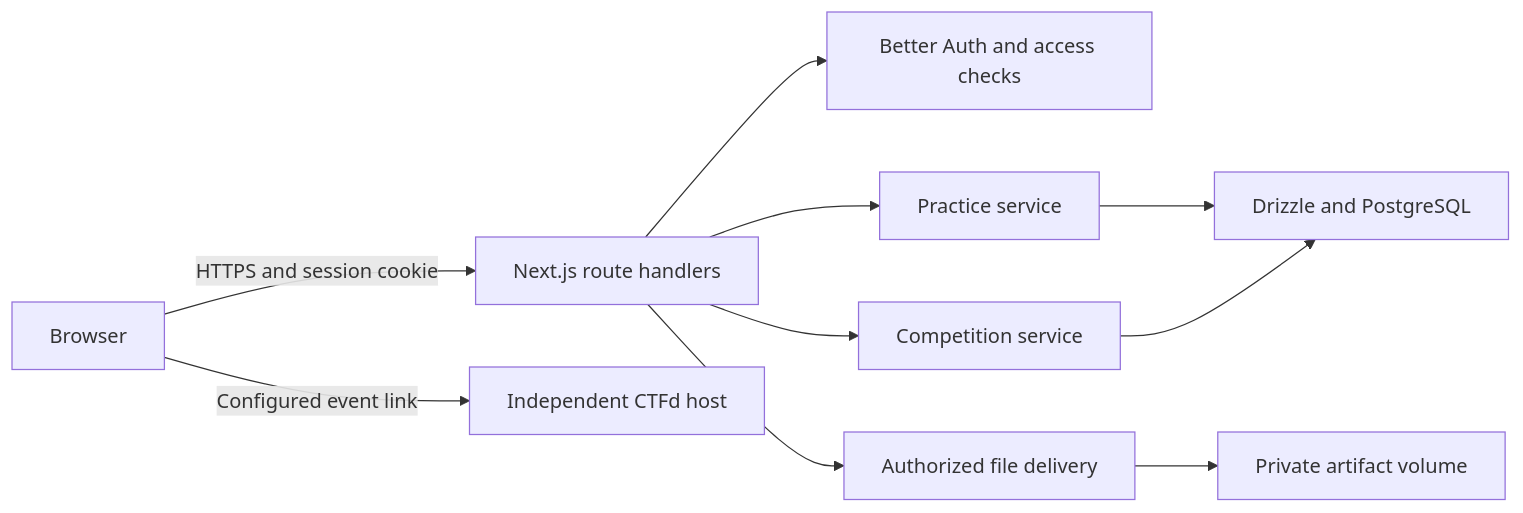
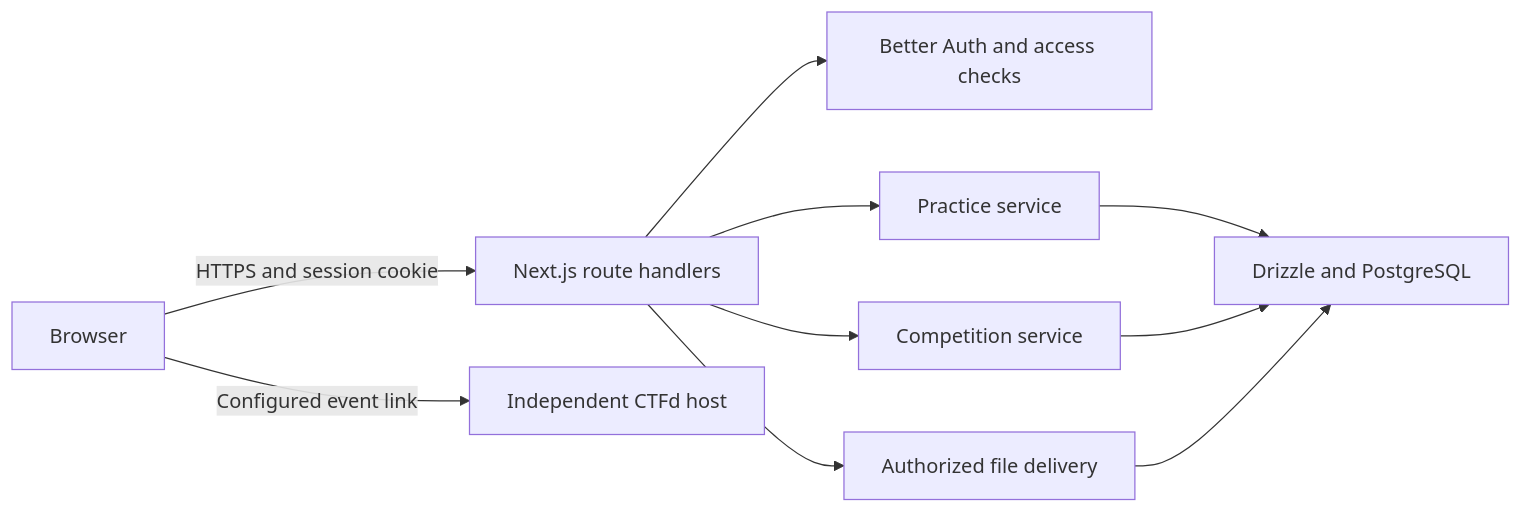
One commit to Llenoxinn/dfCTF changed the diagram in docs/ARCHITECTURE.md. Above: the diagram before and after it, drawn with Mermaid. The commit also changed other lines of this file and 11 other files, not shown here.

````diff
--- a/docs/ARCHITECTURE.md
+++ b/docs/ARCHITECTURE.md
@@ -5,12 +5,12 @@
 ```mermaid
 flowchart LR
   Browser -->|HTTPS and session cookie| Routes[Next.js route handlers]
   Routes --> Access[Better Auth and access checks]
   Routes --> Practice[Practice service]
   Routes --> Events[Competition service]
   Practice --> DB[Drizzle and PostgreSQL]
   Events --> DB
   Routes --> Downloads[Authorized file delivery]
-  Downloads --> Files[Private artifact volume]
+  Downloads --> DB
   Browser -->|Configured event link| CTFd[Independent CTFd host]
 ```
````
